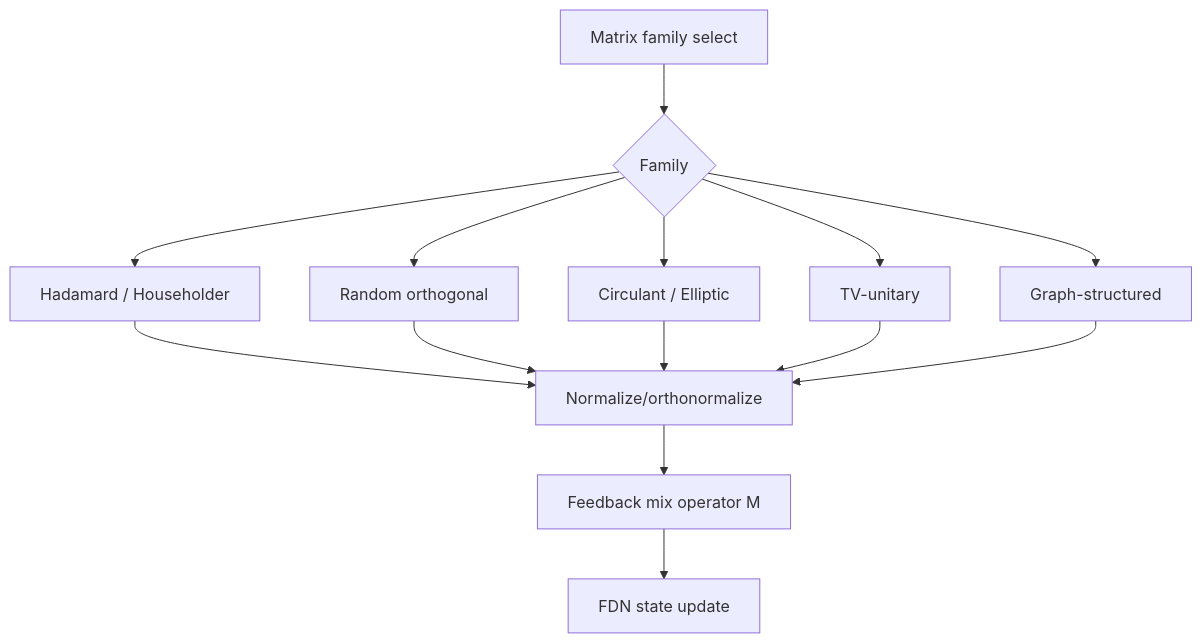
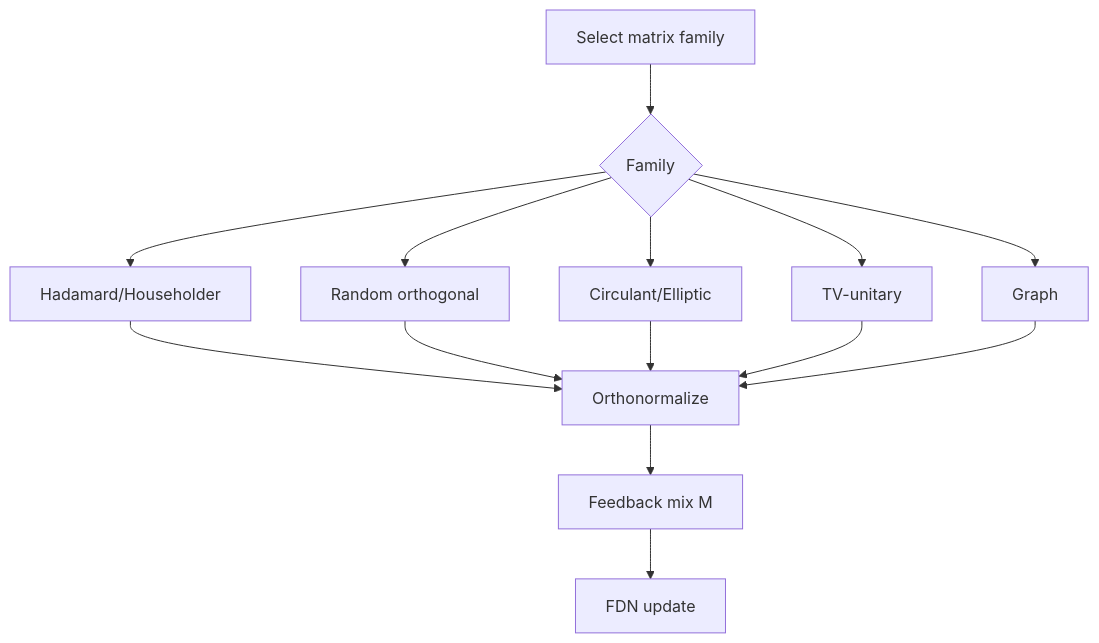
Before and after one commit to TheColby/verbx: the sixth of 15 diagrams in README.md, drawn with Mermaid. The commit also changed other lines of this file, not shown here.

Commit message:
docs: improve FDN diagrams and add detailed DSP flow section

````diff
--- a/README.md
+++ b/README.md
@@ -1444,16 +1450,16 @@
 ```mermaid
 flowchart TD
-  A["Matrix family select"] --> B{"Family"}
-  B --> C["Hadamard / Householder"]
-  B --> D["Random orthogonal"]
-  B --> E["Circulant / Elliptic"]
-  B --> F["TV-unitary"]
-  B --> G["Graph-structured"]
-  C --> H["Normalize/orthonormalize"]
-  D --> H
-  E --> H
-  F --> H
-  G --> H
-  H --> I["Feedback mix operator M"]
-  I --> J["FDN state update"]
+  S["Select matrix family"] --> Q{"Family"}
+  Q --> M1["Hadamard/Householder"]
+  Q --> M2["Random orthogonal"]
+  Q --> M3["Circulant/Elliptic"]
+  Q --> M4["TV-unitary"]
+  Q --> M5["Graph"]
+  M1 --> ORTHO["Orthonormalize"]
+  M2 --> ORTHO
+  M3 --> ORTHO
+  M4 --> ORTHO
+  M5 --> ORTHO
+  ORTHO --> MIXM["Feedback mix M"]
+  MIXM --> STEP["FDN update"]
 ```
````
